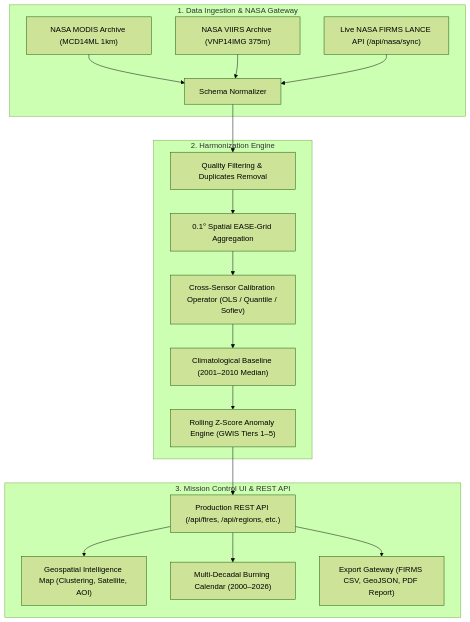
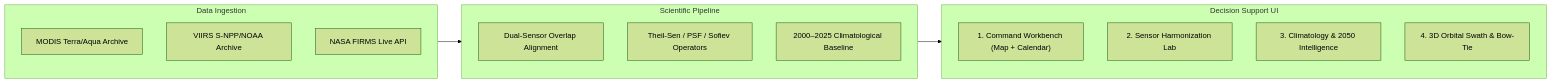
Before and after one commit to naveenkaranrs/FireBridge: the diagram in README.md, drawn with Mermaid (forest theme). The commit also changed other lines of this file, not shown here.

````diff
--- a/README.md
+++ b/README.md
@@ -59,23 +66,23 @@
 ```mermaid
-flowchart TD
-    subgraph Ingestion ["1. Data Ingestion & NASA Gateway"]
-        M1["NASA MODIS Archive (MCD14ML 1km)"] --> N1["Schema Normalizer"]
-        V1["NASA VIIRS Archive (VNP14IMG 375m)"] --> N1
-        API["Live NASA FIRMS LANCE API (/api/nasa/sync)"] --> N1
+flowchart LR
+    subgraph Data ["Data Ingestion"]
+        M["MODIS Terra/Aqua Archive"]
+        V["VIIRS S-NPP/NOAA Archive"]
+        API["NASA FIRMS Live API"]
     end
 
-    subgraph Processing ["2. Harmonization Engine"]
-        N1 --> D1["Quality Filtering & Duplicates Removal"]
-        D1 --> S1["0.1° Spatial EASE-Grid Aggregation"]
-        S1 --> CAL["Cross-Sensor Calibration Operator (OLS / Quantile / Sofiev)"]
-        CAL --> BASE["Climatological Baseline (2001–2010 Median)"]
-        BASE --> ANOM["Rolling Z-Score Anomaly Engine (GWIS Tiers 1–5)"]
+    subgraph Core ["Scientific Pipeline"]
+        D["Dual-Sensor Overlap Alignment"]
+        C["Theil-Sen / PSF / Sofiev Operators"]
+        B["2000–2025 Climatological Baseline"]
     end
 
-    subgraph Presentation ["3. Mission Control UI & REST API"]
-        ANOM --> REST["Production REST API (/api/fires, /api/regions, etc.)"]
-        REST --> MAP["Geospatial Intelligence Map (Clustering, Satellite, AOI)"]
-        REST --> CAL_UI["Multi-Decadal Burning Calendar (2000–2026)"]
-        REST --> EXP["Export Gateway (FIRMS CSV, GeoJSON, PDF Report)"]
+    subgraph UI ["Decision Support UI"]
+        W1["1. Command Workbench (Map + Calendar)"]
+        W2["2. Sensor Harmonization Lab"]
+        W3["3. Climatology & 2050 Intelligence"]
+        W4["4. 3D Orbital Swath & Bow-Tie"]
     end
+
+    Data --> Core --> UI
 ```
````
